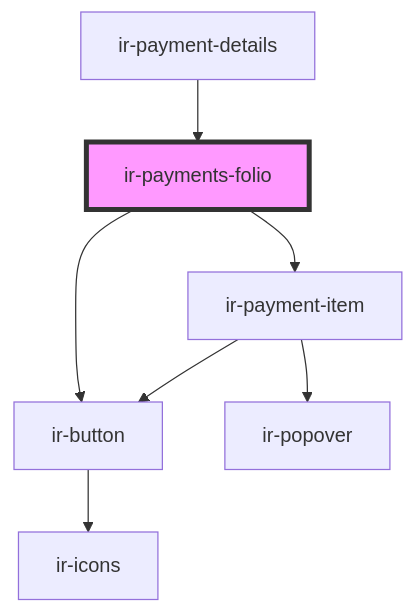
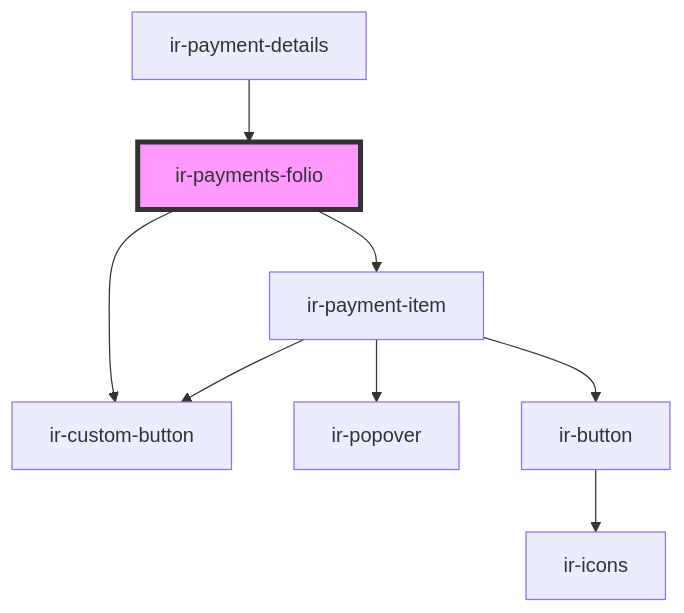
One commit to David1Chowaifaty/modified-ir-webcmp changed the diagram in src/components/ir-booking-details/ir-payment-details/ir-payments-folio/readme.md. Above: the diagram before and after it, drawn with Mermaid. The commit also changed other lines of this file and 70 other files, not shown here.

````diff
--- a/src/components/ir-booking-details/ir-payment-details/ir-payments-folio/readme.md
+++ b/src/components/ir-booking-details/ir-payment-details/ir-payments-folio/readme.md
@@ -36,10 +37,11 @@
 ```mermaid
 graph TD;
   ir-payments-folio --> ir-payment-item
-  ir-payments-folio --> ir-button
+  ir-payments-folio --> ir-custom-button
   ir-payment-item --> ir-popover
   ir-payment-item --> ir-button
+  ir-payment-item --> ir-custom-button
   ir-button --> ir-icons
   ir-payment-details --> ir-payments-folio
   style ir-payments-folio fill:#f9f,stroke:#333,stroke-width:4px
 ```
````
